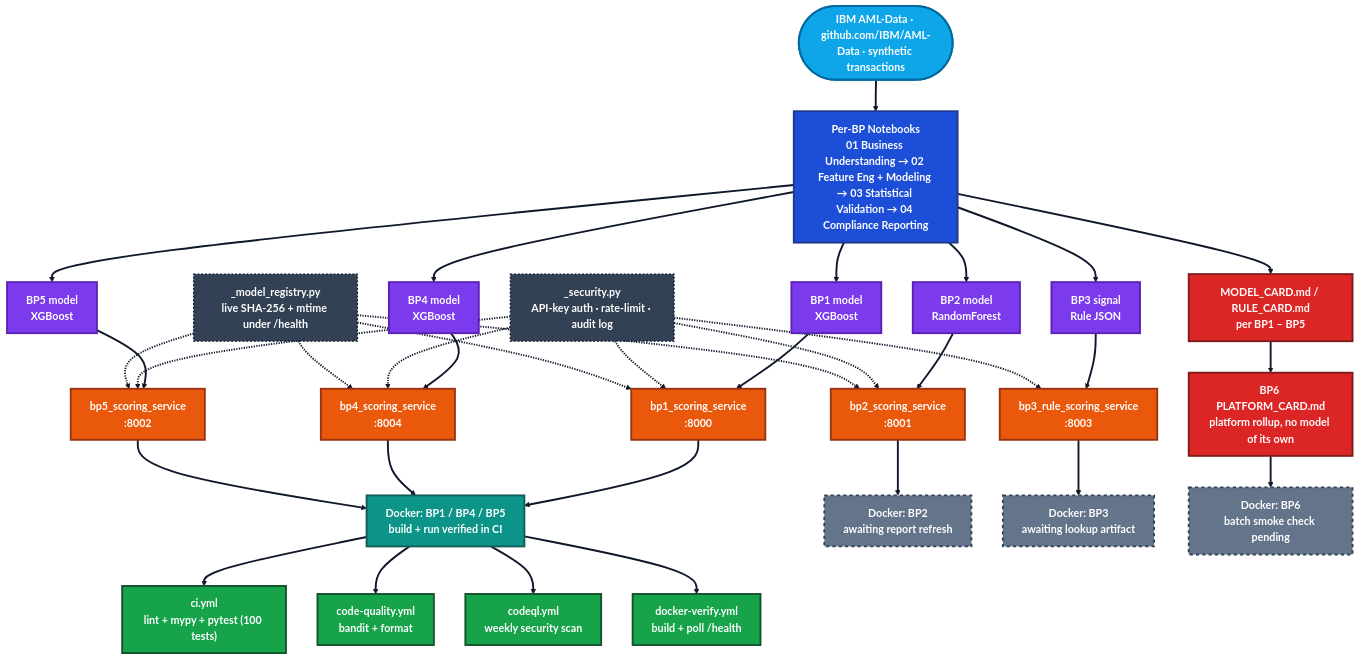
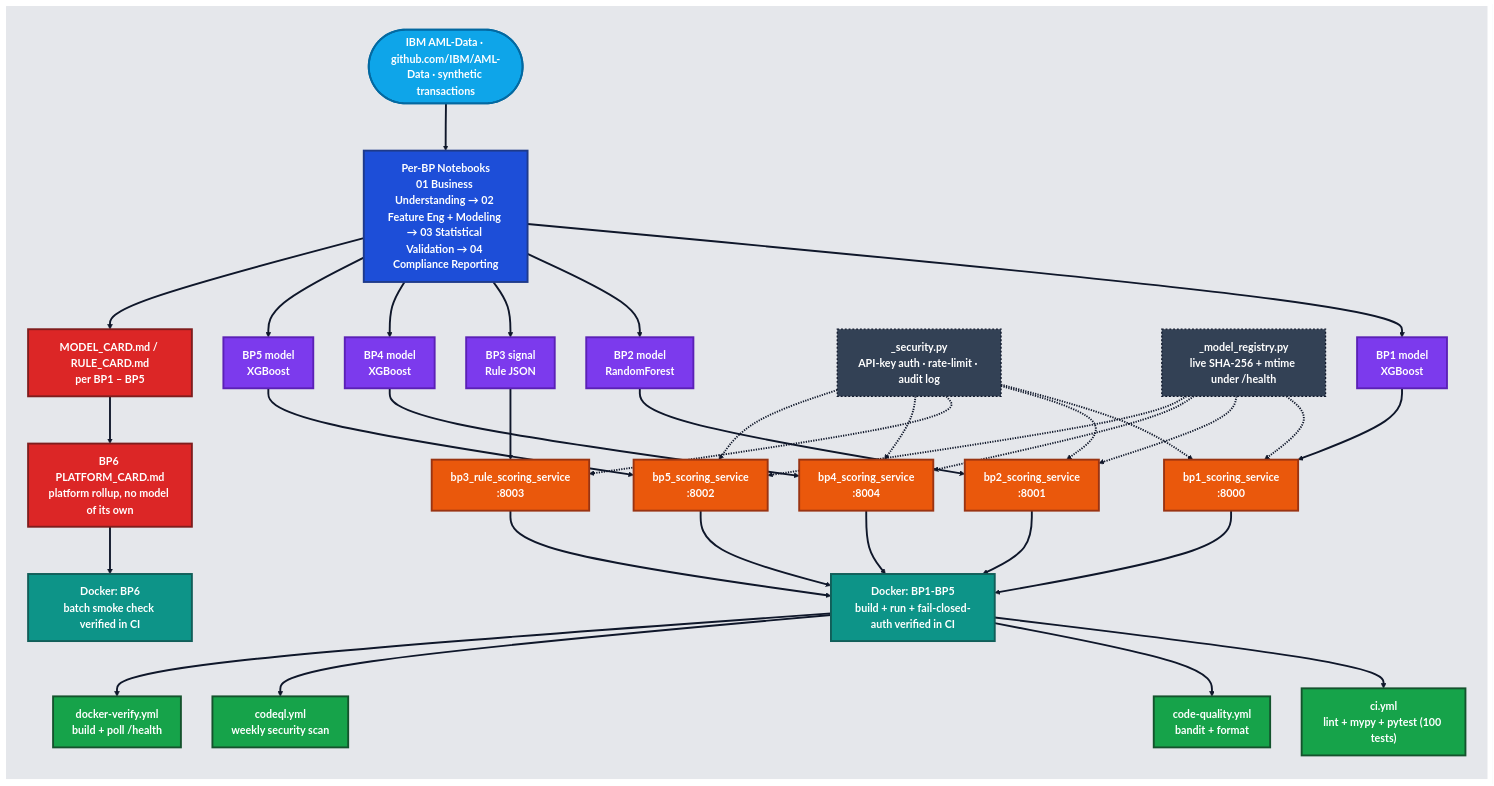
Before and after one commit to rnanda19/IBM_AML_RiskIQ_Enterprise_Suite: the diagram in README.md, drawn with Mermaid. The commit also changed other lines of this file, not shown here.

````diff
--- a/README.md
+++ b/README.md
@@ -25,55 +25,55 @@
 ```mermaid
 %%{init: {"theme": "base", "themeVariables": {
-  "background": "#e5e7eb",
   "primaryColor": "#1e293b",
   "primaryTextColor": "#ffffff",
   "primaryBorderColor": "#64748b",
   "lineColor": "#0f172a",
   "fontSize": "17px",
   "fontFamily": "Segoe UI, Helvetica, Arial, sans-serif"
 }}}%%
 flowchart TD
+  subgraph CANVAS[" "]
+    direction TD
     SRC(["IBM AML-Data · github.com/IBM/AML-Data · synthetic transactions"]):::source
 
     SRC ==> NB["Per-BP Notebooks<br/>01 Business Understanding → 02 Feature Eng + Modeling → 03 Statistical Validation → 04 Compliance Reporting"]:::stage
 
     NB ==> M1["BP1 model<br/>XGBoost"]:::model
     NB ==> M2["BP2 model<br/>RandomForest"]:::model
     NB ==> M3["BP3 signal<br/>Rule JSON"]:::model
     NB ==> M4["BP4 model<br/>XGBoost"]:::model
     NB ==> M5["BP5 model<br/>XGBoost"]:::model
 
     M1 ==> S1["bp1_scoring_service<br/>:8000"]:::service
     M2 ==> S2["bp2_scoring_service<br/>:8001"]:::service
     M3 ==> S3["bp3_rule_scoring_service<br/>:8003"]:::service
     M4 ==> S4["bp4_scoring_service<br/>:8004"]:::service
     M5 ==> S5["bp5_scoring_service<br/>:8002"]:::service
 
     SEC["_security.py<br/>API-key auth · rate-limit · audit log"]:::infra -.-> S1 & S2 & S3 & S4 & S5
     REG["_model_registry.py<br/>live SHA-256 + mtime under /health"]:::infra -.-> S1 & S2 & S4 & S5
 
-    S1 & S4 & S5 ==> DOK["Docker: BP1 / BP4 / BP5<br/>build + run verified in CI"]:::docker
-    S2 ==> DOKB2["Docker: BP2<br/>awaiting report refresh"]:::dockerwarn
-    S3 ==> DOKW["Docker: BP3<br/>awaiting lookup artifact"]:::dockerwarn
+    S1 & S2 & S3 & S4 & S5 ==> DOK["Docker: BP1-BP5<br/>build + run + fail-closed-auth verified in CI"]:::docker
 
     DOK ==> CI1["ci.yml<br/>lint + mypy + pytest (100 tests)"]:::ci
     DOK ==> CI2["code-quality.yml<br/>bandit + format"]:::ci
     DOK ==> CI3["codeql.yml<br/>weekly security scan"]:::ci
     DOK ==> CI4["docker-verify.yml<br/>build + poll /health"]:::ci
 
     NB ==> R1["MODEL_CARD.md / RULE_CARD.md<br/>per BP1 – BP5"]:::report
     R1 ==> R2["BP6 PLATFORM_CARD.md<br/>platform rollup, no model of its own"]:::report
-    R2 ==> DOKB["Docker: BP6<br/>batch smoke check pending"]:::dockerwarn
+    R2 ==> DOKB["Docker: BP6<br/>batch smoke check verified in CI"]:::docker
+  end
 
-    classDef source fill:#0ea5e9,stroke:#0369a1,color:#ffffff,stroke-width:3px,font-weight:bold
-    classDef stage fill:#1d4ed8,stroke:#1e3a8a,color:#ffffff,stroke-width:3px,font-weight:bold
-    classDef model fill:#7c3aed,stroke:#5b21b6,color:#ffffff,stroke-width:3px,font-weight:bold
-    classDef service fill:#ea580c,stroke:#9a3412,color:#ffffff,stroke-width:3px,font-weight:bold
-    classDef infra fill:#334155,stroke:#0f172a,color:#ffffff,stroke-width:2px,font-weight:bold,stroke-dasharray: 3 3
-    classDef docker fill:#0d9488,stroke:#115e59,color:#ffffff,stroke-width:3px,font-weight:bold
-    classDef dockerwarn fill:#64748b,stroke:#334155,color:#ffffff,stroke-width:3px,font-weight:bold,stroke-dasharray: 5 5
-    classDef ci fill:#16a34a,stroke:#14532d,color:#ffffff,stroke-width:3px,font-weight:bold
-    classDef report fill:#dc2626,stroke:#7f1d1d,color:#ffffff,stroke-width:3px,font-weight:bold
+  classDef source fill:#0ea5e9,stroke:#0369a1,color:#ffffff,stroke-width:3px,font-weight:bold
+  classDef stage fill:#1d4ed8,stroke:#1e3a8a,color:#ffffff,stroke-width:3px,font-weight:bold
+  classDef model fill:#7c3aed,stroke:#5b21b6,color:#ffffff,stroke-width:3px,font-weight:bold
+  classDef service fill:#ea580c,stroke:#9a3412,color:#ffffff,stroke-width:3px,font-weight:bold
+  classDef infra fill:#334155,stroke:#0f172a,color:#ffffff,stroke-width:2px,font-weight:bold,stroke-dasharray: 3 3
+  classDef docker fill:#0d9488,stroke:#115e59,color:#ffffff,stroke-width:3px,font-weight:bold
+  classDef ci fill:#16a34a,stroke:#14532d,color:#ffffff,stroke-width:3px,font-weight:bold
+  classDef report fill:#dc2626,stroke:#7f1d1d,color:#ffffff,stroke-width:3px,font-weight:bold
 
-    linkStyle default stroke:#0f172a,stroke-width:3px
+  linkStyle default stroke:#0f172a,stroke-width:3px
+  style CANVAS fill:#e5e7eb,stroke:none
 ```
````
